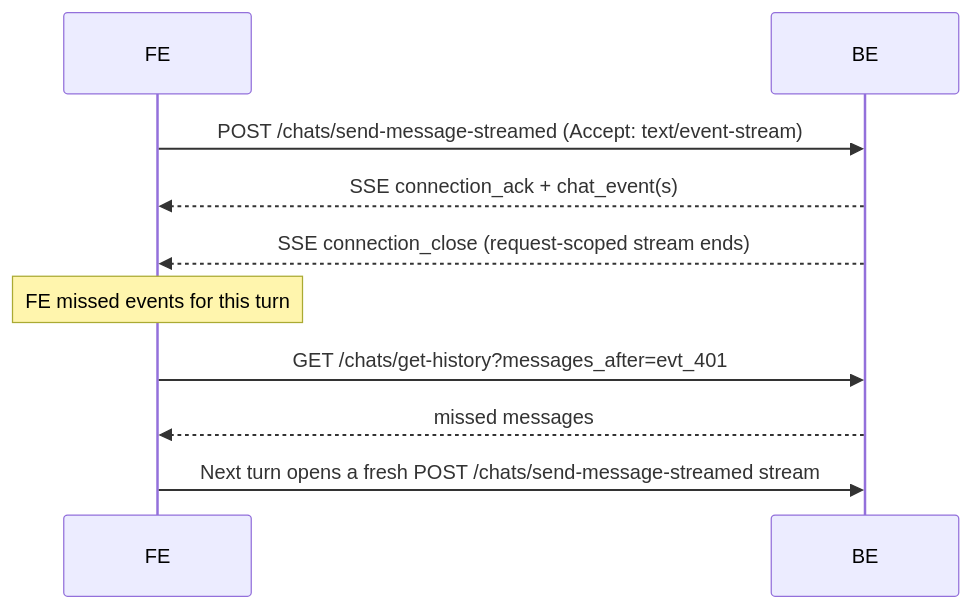
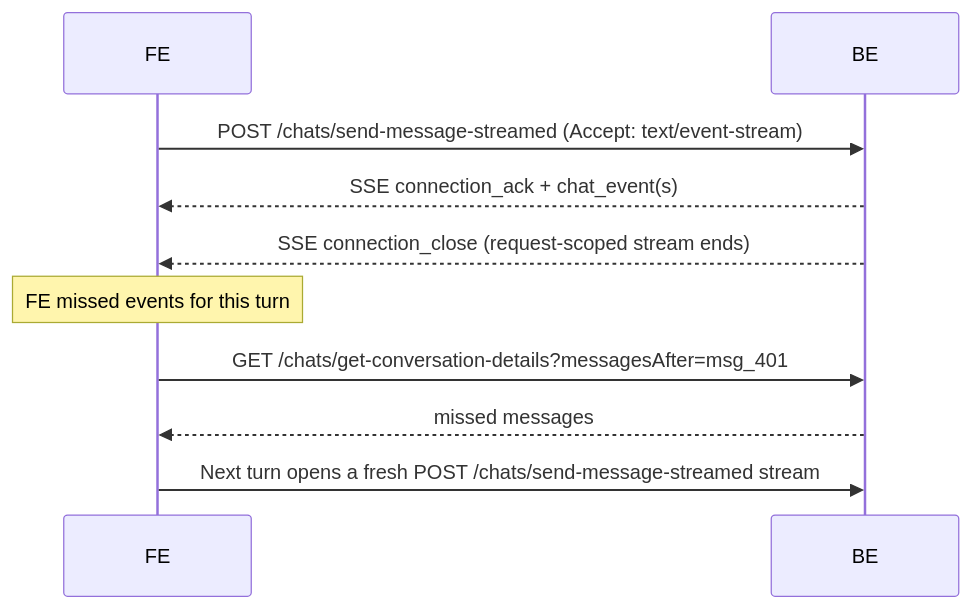
The fourth of 6 diagrams in chat_v1.md (sachin-hg/chat-demo), drawn with Mermaid before and after one commit. The commit also changed other lines of this file and 2 other files, not shown here.

````diff
--- a/chat_v1.md
+++ b/chat_v1.md
@@ -604,17 +602,17 @@
 ```mermaid
 sequenceDiagram
     participant FE
     participant BE
 
     FE->>BE: POST /chats/send-message-streamed (Accept: text/event-stream)
     BE-->>FE: SSE connection_ack + chat_event(s)
     BE-->>FE: SSE connection_close (request-scoped stream ends)
 
     Note over FE: FE missed events for this turn
 
-    FE->>BE: GET /chats/get-history?messages_after=evt_401
+    FE->>BE: GET /chats/get-conversation-details?messagesAfter=msg_401
     BE-->>FE: missed messages
 
     FE->>BE: Next turn opens a fresh POST /chats/send-message-streamed stream
 
 ```
````
